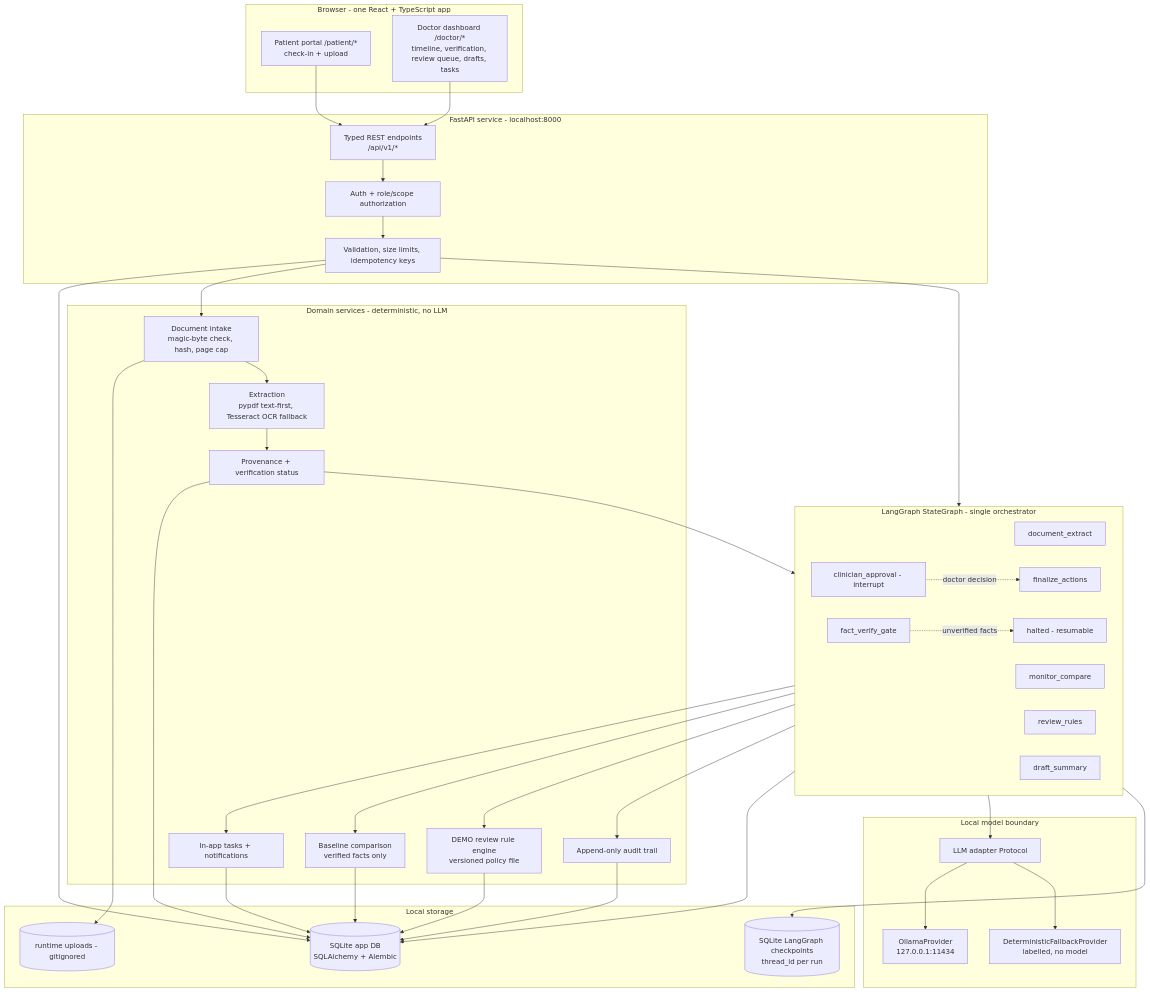
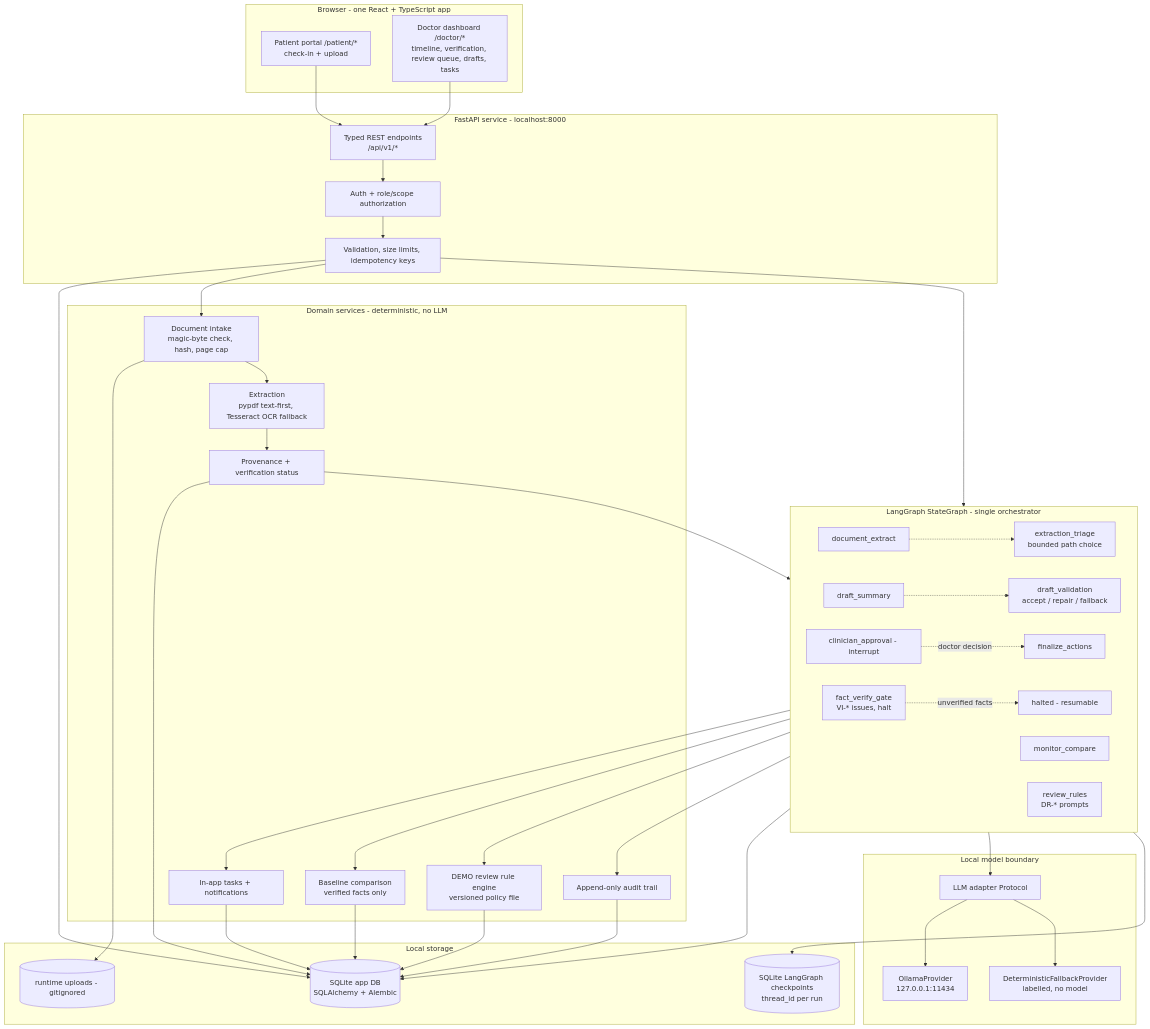
Before and after one commit to Muhammed-Fathi/AI-Doctor-FollowUp-Agent: the first of 2 diagrams in docs/architecture/ARCHITECTURE.md, drawn with Mermaid. The commit also changed other lines of this file and 21 other files, not shown here.

````diff
--- a/docs/architecture/ARCHITECTURE.md
+++ b/docs/architecture/ARCHITECTURE.md
@@ -29,75 +30,79 @@
 ```mermaid
 flowchart TB
     subgraph Browser["Browser - one React + TypeScript app"]
         PatUI["Patient portal /patient/*<br/>check-in + upload"]
         DocUI["Doctor dashboard /doctor/*<br/>timeline, verification, review queue, drafts, tasks"]
     end
 
     subgraph API["FastAPI service - localhost:8000"]
         AuthN["Auth + role/scope authorization"]
         Routes["Typed REST endpoints<br/>/api/v1/*"]
         Validate["Validation, size limits, idempotency keys"]
     end
 
     subgraph Domain["Domain services - deterministic, no LLM"]
         Intake["Document intake<br/>magic-byte check, hash, page cap"]
         Extract["Extraction<br/>pypdf text-first, Tesseract OCR fallback"]
         Prov["Provenance + verification status"]
         Compare["Baseline comparison<br/>verified facts only"]
         Rules["DEMO review rule engine<br/>versioned policy file"]
         Tasks["In-app tasks + notifications"]
         Audit["Append-only audit trail"]
     end
 
     subgraph Orchestration["LangGraph StateGraph - single orchestrator"]
         direction LR
         G1["document_extract"]
-        G2["fact_verify_gate"]
+        G1a["extraction_triage<br/>bounded path choice"]
+        G2["fact_verify_gate<br/>VI-* issues, halt"]
         G3["monitor_compare"]
-        G4["review_rules"]
+        G4["review_rules<br/>DR-* prompts"]
         G5["draft_summary"]
+        G5a["draft_validation<br/>accept / repair / fallback"]
         G6["clinician_approval - interrupt"]
         G7["finalize_actions"]
         G8["halted - resumable"]
     end
 
     subgraph Model["Local model boundary"]
         Adapter["LLM adapter Protocol"]
         Ollama["OllamaProvider<br/>127.0.0.1:11434"]
         Fallback["DeterministicFallbackProvider<br/>labelled, no model"]
     end
 
     subgraph Storage["Local storage"]
         DB[("SQLite app DB<br/>SQLAlchemy + Alembic")]
         CKPT[("SQLite LangGraph checkpoints<br/>thread_id per run")]
         Files[("runtime uploads - gitignored")]
     end
 
     PatUI --> Routes
     DocUI --> Routes
     Routes --> AuthN
     AuthN --> Validate
     Validate --> DB
     Validate --> Intake
     Validate --> Orchestration
     Intake --> Files
     Intake --> Extract
     Extract --> Prov
     Prov --> DB
     Prov --> Orchestration
     Compare --> DB
     Rules --> DB
     Orchestration --> Compare
     Orchestration --> Rules
     Orchestration --> Adapter
     Adapter --> Ollama
     Adapter --> Fallback
     Orchestration --> CKPT
     Orchestration --> Audit
+    G1 -.-> G1a
+    G5 -.-> G5a
     G6 -.->|"doctor decision"| G7
     G2 -.->|"unverified facts"| G8
     G7 --> Tasks
     G7 --> DB
     Tasks --> DB
     Audit --> DB
 ```
````
